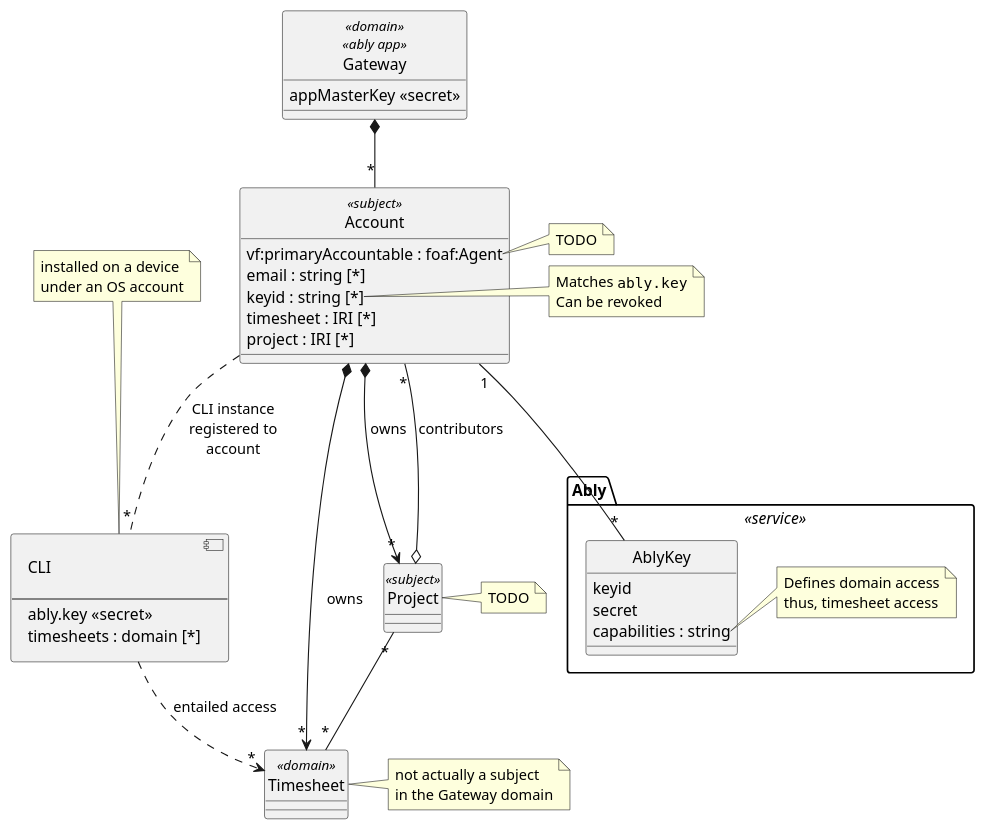
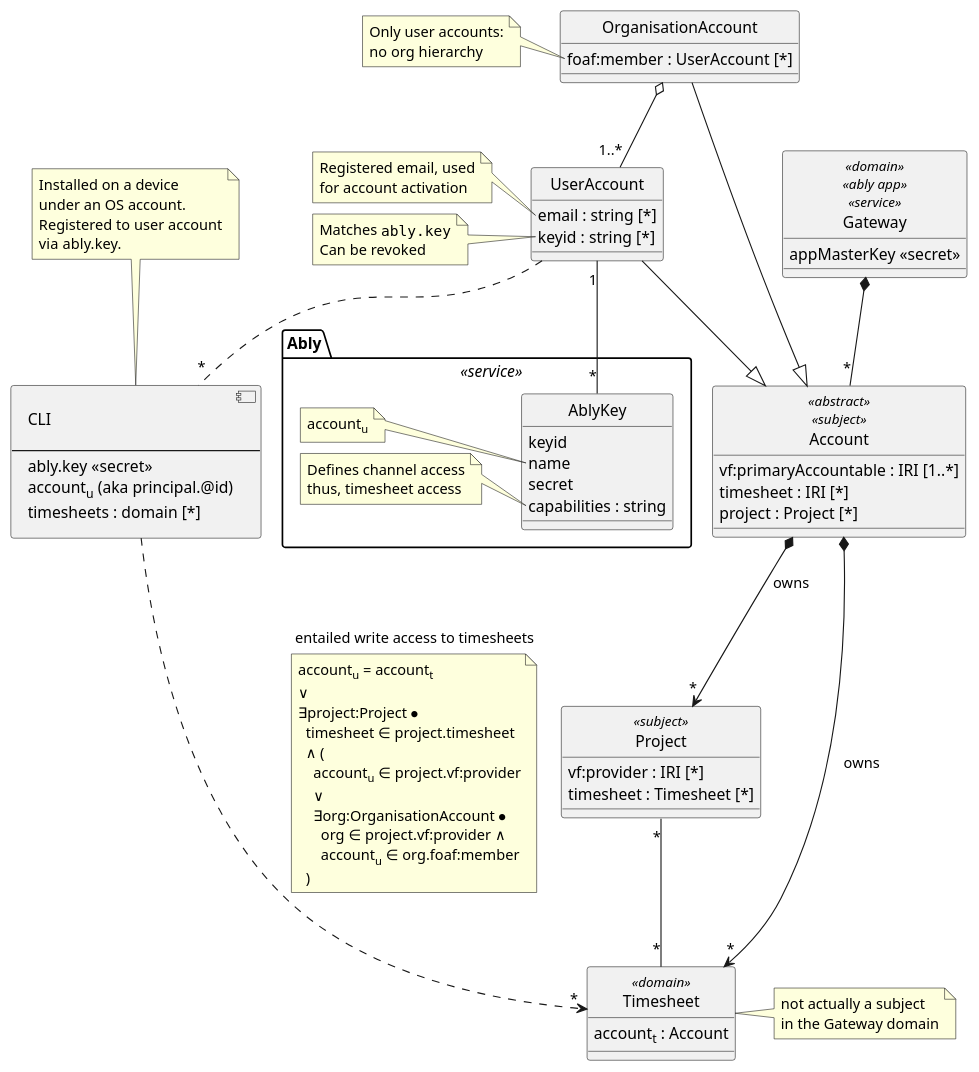
Before and after one commit to m-ld/timeld: the diagram in architecture/security/accounts.class.puml, drawn with PlantUML. The commit also changed 19 other files, not shown here.

```diff
--- a/architecture/security/accounts.class.puml
+++ b/architecture/security/accounts.class.puml
@@ -1,79 +1,112 @@
 @startuml
 'https://plantuml.com/class-diagram
 
 hide circle
 allowmixing
 
-class Gateway <<domain>> <<ably app>> {
+class Gateway <<domain>> <<ably app>> <<service>> {
   appMasterKey <<secret>>
 }
 
 Gateway *-- "*" Account
 
-class Account <<subject>> {
-  vf:primaryAccountable : foaf:Agent
-  email : string [*]
-  keyid : string [*]
+class Account <<abstract>> <<subject>> {
+  vf:primaryAccountable : IRI [1..*]
   timesheet : IRI [*]
-  project : IRI [*]
+  project : Project [*]
 }
-note right of Account::vf:primaryAccountable
-  TODO
-end note
-note right of Account::keyid
-  Matches ""ably.key""
-  Can be revoked
-end note
 
 Account *--> "*" Timesheet: owns
 
 Account *--> "*" Project: owns
 
+class UserAccount {
+  email : string [*]
+  keyid : string [*]
+}
+note left of UserAccount::email
+  Registered email, used
+  for account activation
+end note
+note left of UserAccount::keyid
+  Matches ""ably.key""
+  Can be revoked
+end note
+UserAccount --|> Account
+
+class OrganisationAccount {
+  foaf:member : UserAccount [*]
+}
+note left of OrganisationAccount::foaf:member
+  Only user accounts:
+  no org hierarchy
+end note
+OrganisationAccount --|> Account
+OrganisationAccount o-- "1..*" UserAccount
+
 class Timesheet <<domain>> {
+  account<sub>t</sub> : Account
 }
 note right of Timesheet
   not actually a subject
   in the Gateway domain
 end note
 
 class Project <<subject>> {
+  vf:provider : IRI [*]
+  timesheet : Timesheet [*]
 }
-note right
-  TODO
-end note
-
-Project o-- "*" Account: contributors
 
 Project "*" -- "*" Timesheet
 
 component CLI [
   CLI
 
   ---
   ably.key <<secret>>
+  account<sub>u</sub> (aka principal.@id)
   timesheets : domain [*]
 ]
 note top of CLI
-  installed on a device
-  under an OS account
+  Installed on a device
+  under an OS account.
+  Registered to user account
+  via ably.key.
 end note
 
-Account .. "*" CLI: CLI instance\nregistered to\naccount
+UserAccount .. "*" CLI
 
-CLI ..> "*" Timesheet: entailed access
+CLI ..> "*" Timesheet: entailed write access to timesheets
+note bottom on link
+  account<sub>u</sub> = account<sub>t</sub>
+  ∨
+  ∃project:Project ⦁
+    timesheet ∈ project.timesheet
+    ∧ (
+      account<sub>u</sub> ∈ project.vf:provider
+      ∨
+      ∃org:OrganisationAccount ⦁
+        org ∈ project.vf:provider ∧
+        account<sub>u</sub> ∈ org.foaf:member
+    )
+end note
 
 package Ably <<service>> {
   class AblyKey {
     keyid
+    name
     secret
     capabilities : string
   }
-  note right of AblyKey::capabilities
-    Defines domain access
+  note left of AblyKey::name
+    account<sub>u</sub>
+  end note
+  note left of AblyKey::capabilities
+    Defines channel access
     thus, timesheet access
   end note
 
-  Account "1" -- "*" AblyKey
+  UserAccount "1" -- "*" AblyKey
 }
 
 @enduml
```
